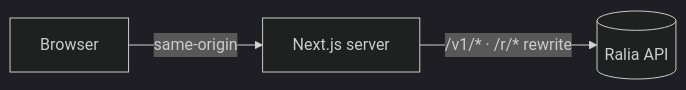
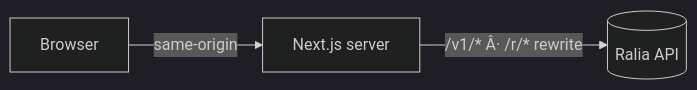
Before and after one commit to theofficialralia/ralia-client: the third of 3 diagrams in README.md, drawn with Mermaid (dark theme). The commit also changed other lines of this file and 3 other files, not shown here.

````diff
--- a/README.md
+++ b/README.md
@@ -60,5 +60,5 @@
 ```mermaid
 flowchart LR
     Browser -->|same-origin| Next[Next.js server]
-    Next -->|"/v1/* · /r/* rewrite"| API[(Ralia API)]
+    Next -->|"/v1/* Â· /r/* rewrite"| API[(Ralia API)]
 ```
````
